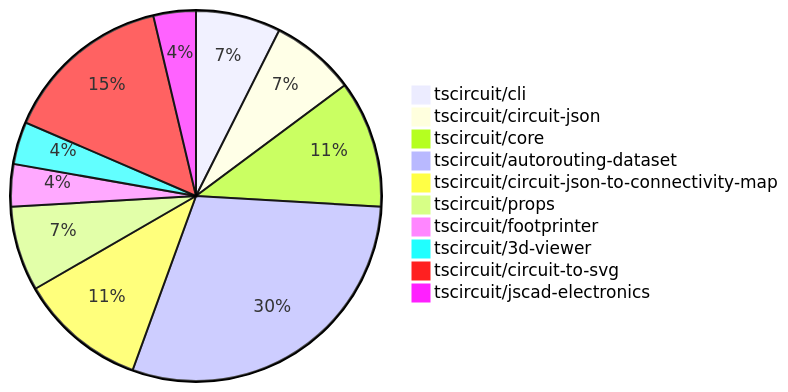
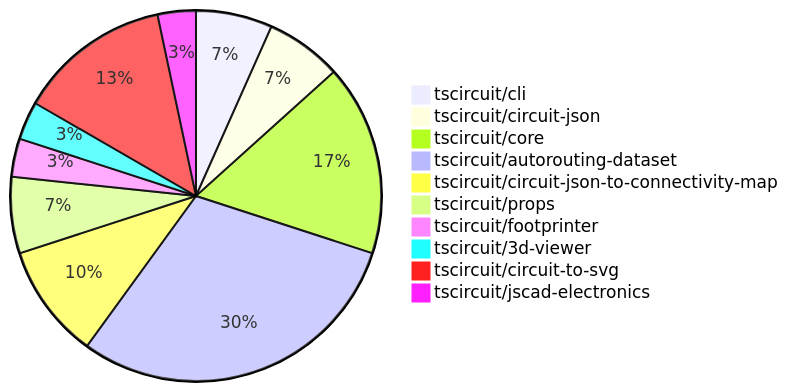
Before and after one commit to tscircuit/contribution-tracker: the diagram in README.md, drawn with Mermaid. The commit also changed other lines of this file and 1 other file, not shown here.

````diff
--- a/README.md
+++ b/README.md
@@ -24,13 +24,13 @@
 ```mermaid
 pie
     "tscircuit/cli" : 2
     "tscircuit/circuit-json" : 2
-    "tscircuit/core" : 3
-    "tscircuit/autorouting-dataset" : 8
+    "tscircuit/core" : 5
+    "tscircuit/autorouting-dataset" : 9
     "tscircuit/circuit-json-to-connectivity-map" : 3
     "tscircuit/props" : 2
     "tscircuit/footprinter" : 1
     "tscircuit/3d-viewer" : 1
     "tscircuit/circuit-to-svg" : 4
     "tscircuit/jscad-electronics" : 1
 ```
````
